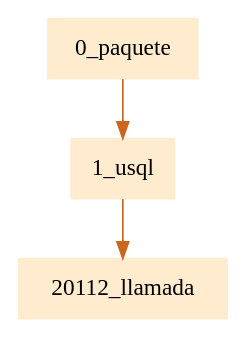
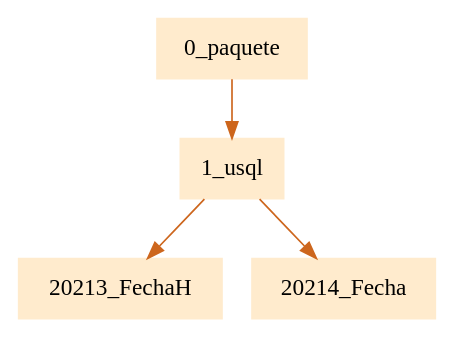
Before and after one commit to JamesMelgar/compi2javaccpr1: the diagram in pr1Compilarodores2/paquete.dot, drawn with Graphviz. The commit also changed 28 other files, not shown here.

```diff
--- a/pr1Compilarodores2/paquete.dot
+++ b/pr1Compilarodores2/paquete.dot
@@ -1,5 +1,5 @@
 digraph G {node[shape=box, style=filled, color=blanchedalmond]; edge[color=chocolate3];rankdir=UD 
 
-"0_paquete"->"1_usql""1_usql"->"20112_llamada"
+"0_paquete"->"1_usql""1_usql"->"20213_FechaH""1_usql"->"20214_Fecha"
 
 }
```
